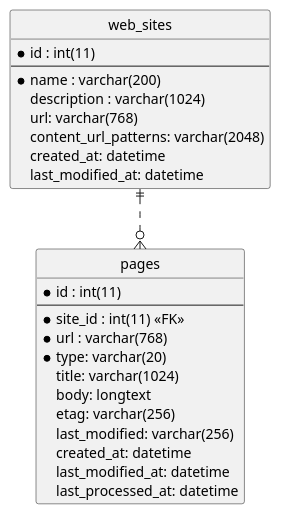
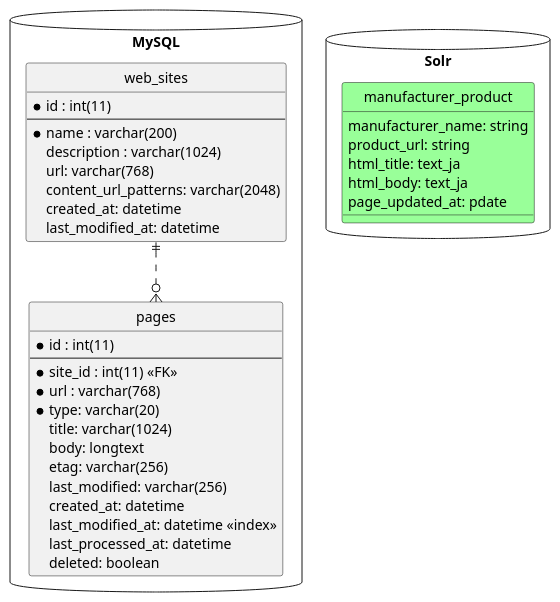
The diagram in dataconverter.wsd (azhar-cograph/tc3-solr), drawn with PlantUML before and after one commit. The commit also changed 1 other file, not shown here.

Commit message:
Modified dataconverter and dataconverter_components diagrams

```diff
--- a/dataconverter.wsd
+++ b/dataconverter.wsd
@@ -1,38 +1,54 @@
 @startuml dataconverter
 
 ' hide the spot
 hide circle
 
 ' avoid problems with angled crows feet
 skinparam linetype ortho
 
-entity "web_sites" as ws {
-  *id : int(11)
---
-  *name : varchar(200)
-  description : varchar(1024)
-  url: varchar(768)
-  content_url_patterns: varchar(2048)
-  created_at: datetime 
-  last_modified_at: datetime 
+package MySQL <<Database>> {
+  entity "web_sites" as ws {
+    *id : int(11)
+  --
+    *name : varchar(200)
+    description : varchar(1024)
+    url: varchar(768)
+    content_url_patterns: varchar(2048)
+    created_at: datetime 
+    last_modified_at: datetime 
+  }
+
+  entity "pages" as pg {
+    *id : int(11)
+    --
+    *site_id : int(11) <<FK>>
+    *url : varchar(768)
+    *type: varchar(20)
+    title: varchar(1024)
+    body: longtext
+    etag: varchar(256)
+    last_modified: varchar(256)
+    created_at: datetime
+    last_modified_at: datetime <<index>>
+    last_processed_at: datetime 
+    deleted: boolean
 }
 
-entity "pages" as pg {
-  *id : int(11)
-  --
-  *site_id : int(11) <<FK>>
-  *url : varchar(768)
-  *type: varchar(20)
-  title: varchar(1024)
-  body: longtext
-  etag: varchar(256)
-  last_modified: varchar(256)
-  created_at: datetime
-  last_modified_at: datetime 
-  last_processed_at: datetime 
 }
+
 
 
 ws ||..o{ pg
 
+
+package Solr <<Database>> {
+  entity "manufacturer_product" as mp #99FF99 {
+    manufacturer_name: string
+    product_url: string
+    html_title: text_ja
+    html_body: text_ja
+    page_updated_at: pdate  
+  }
+}
+
 @enduml
```
